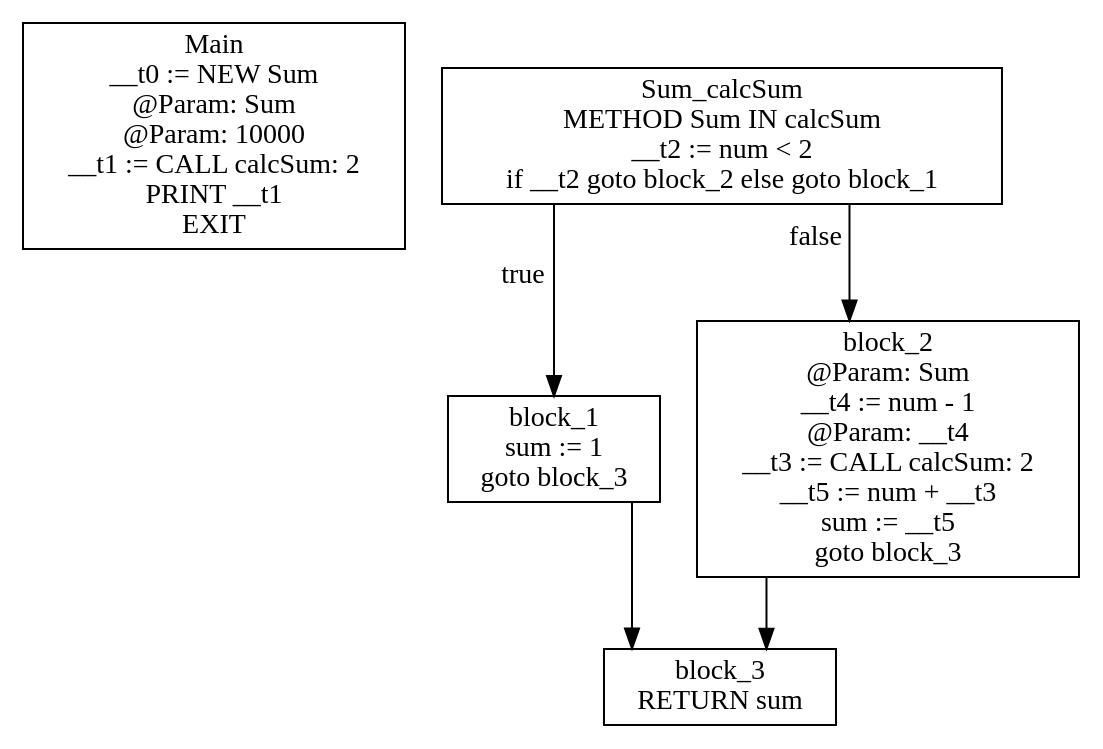
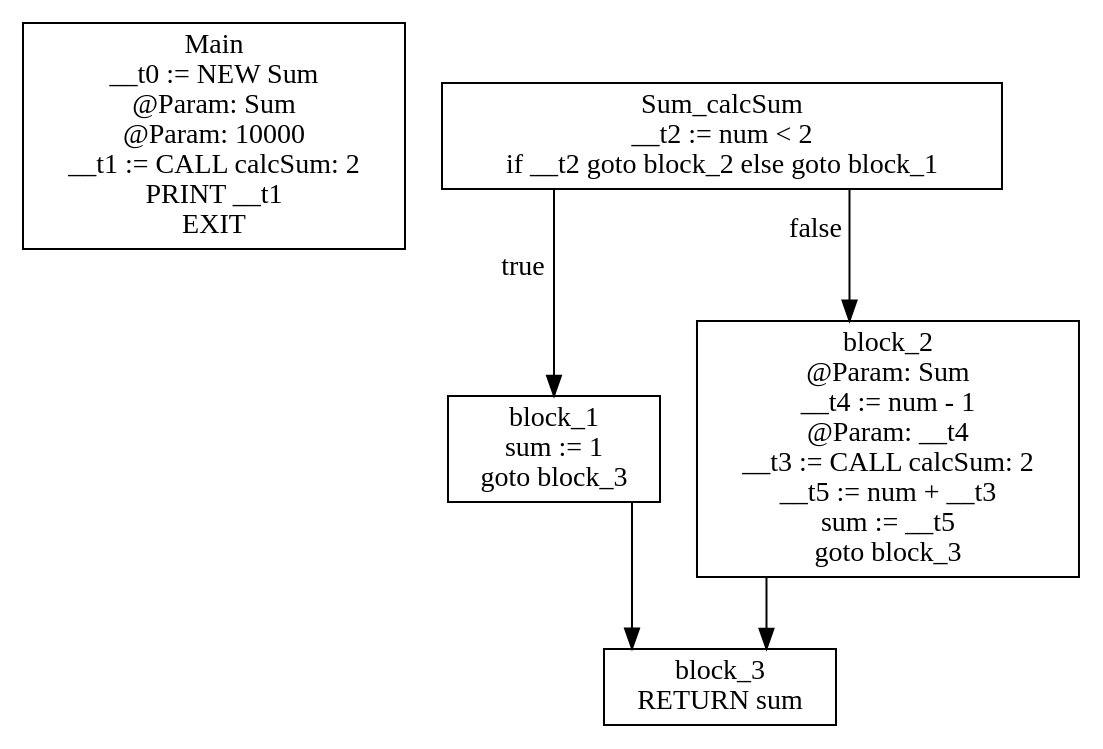
The diagram in gettingStarted/cfg.dot (KarmaSora/Compiler), drawn with Graphviz before and after one commit. The commit also changed 5 other files, not shown here.

```diff
--- a/gettingStarted/cfg.dot
+++ b/gettingStarted/cfg.dot
@@ -1,13 +1,13 @@
 digraph CFG {
 graph [splines=ortho];
 node [shape=box];
 Main [label="Main\n__t0 := NEW Sum\n @Param: Sum\n @Param: 10000\n__t1 := CALL calcSum: 2\nPRINT __t1\nEXIT\n"];
 Sum_calcSum -> block_1 [xlabel="true"];
 Sum_calcSum -> block_2 [xlabel="false"];
-Sum_calcSum [label="Sum_calcSum\nMETHOD Sum IN calcSum\n__t2 := num < 2\nif __t2 goto block_2 else goto block_1\n"];
+Sum_calcSum [label="Sum_calcSum\n__t2 := num < 2\nif __t2 goto block_2 else goto block_1\n"];
 block_1 -> block_3;
 block_1 [label="block_1\nsum := 1\ngoto block_3\n"];
 block_2 -> block_3;
 block_2 [label="block_2\n @Param: Sum\n__t4 := num - 1\n @Param: __t4\n__t3 := CALL calcSum: 2\n__t5 := num + __t3\nsum := __t5\ngoto block_3\n"];
 block_3 [label="block_3\nRETURN sum\n"];
 }
```
